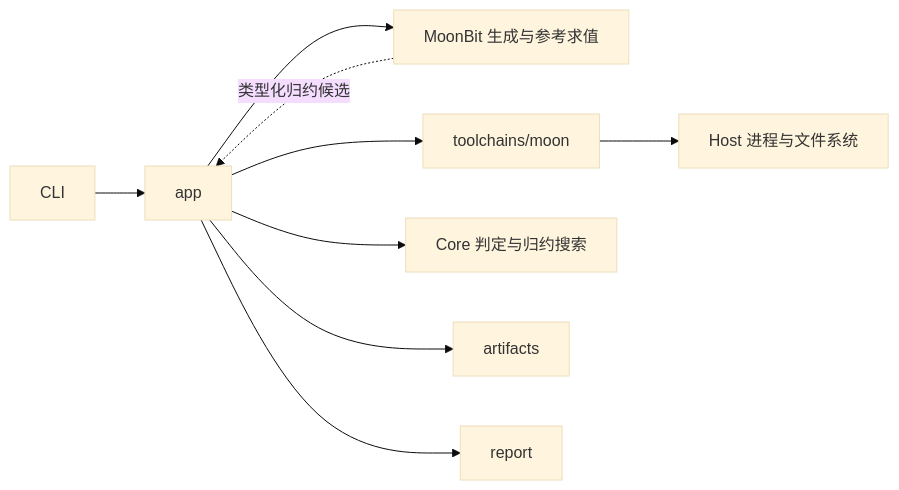
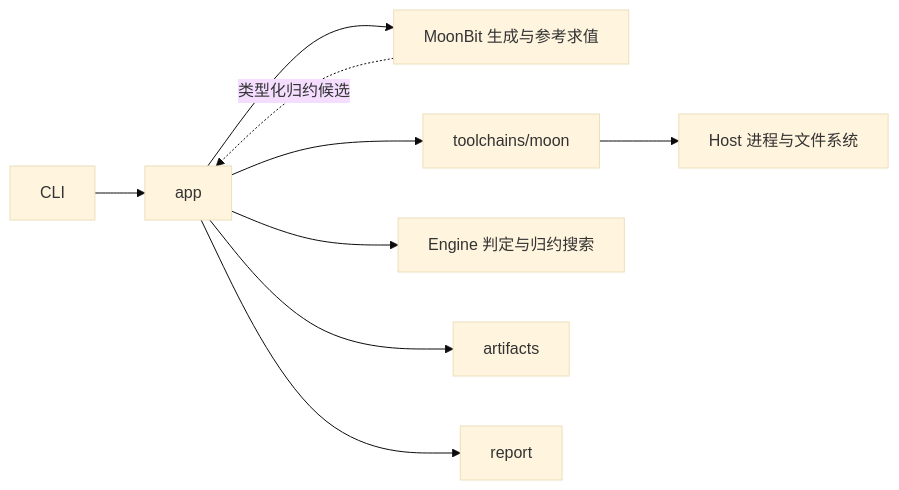
One commit to zrr1999/moonsmith changed the diagram in CONTRIBUTING.md. Above: the diagram before and after it, drawn with Mermaid (base theme). The commit also changed other lines of this file and 31 other files, not shown here.

First line of the commit message:
♻️ refactor: rename Core to Engine and plan SemaForge evolution (#14)

````diff
--- a/CONTRIBUTING.md
+++ b/CONTRIBUTING.md
@@ -79,11 +79,11 @@
 ```mermaid
 flowchart LR
     CLI[CLI] --> App[app]
     App --> Language[MoonBit 生成与参考求值]
     App --> Compiler[toolchains/moon]
     Compiler --> Host[Host 进程与文件系统]
-    App --> Core[Core 判定与归约搜索]
+    App --> Engine[Engine 判定与归约搜索]
     App --> Store[artifacts]
     App --> Report[report]
     Language -. 类型化归约候选 .-> App
 ```
````
